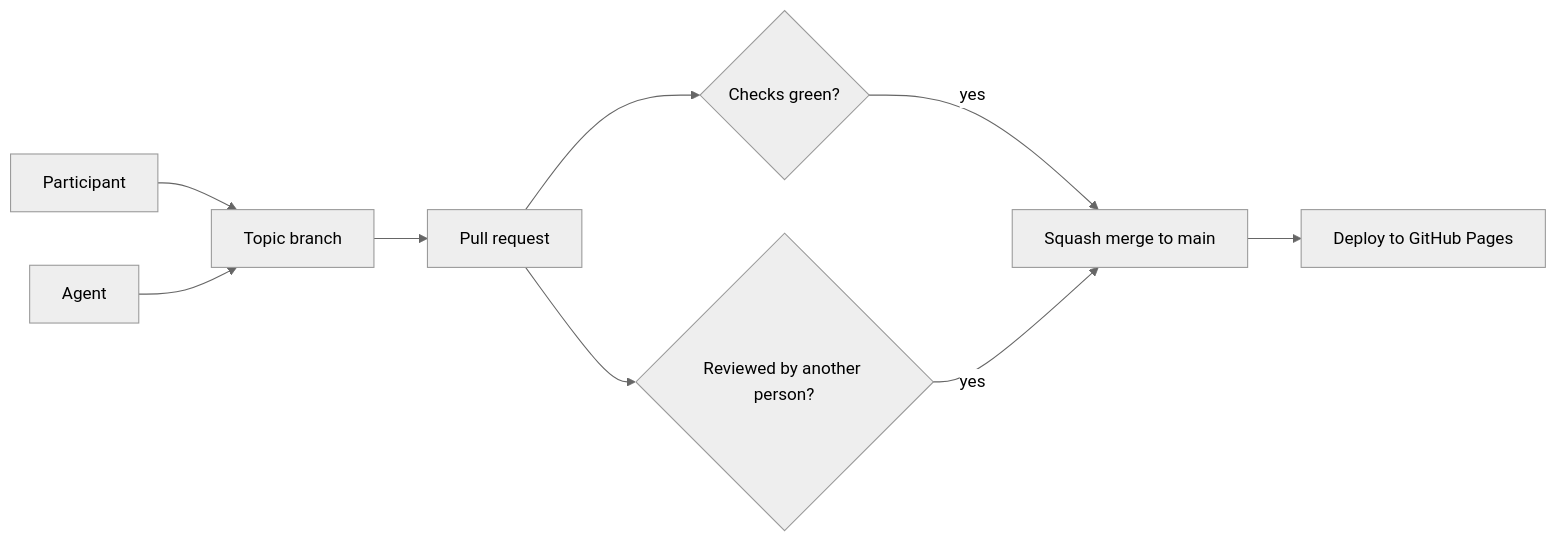
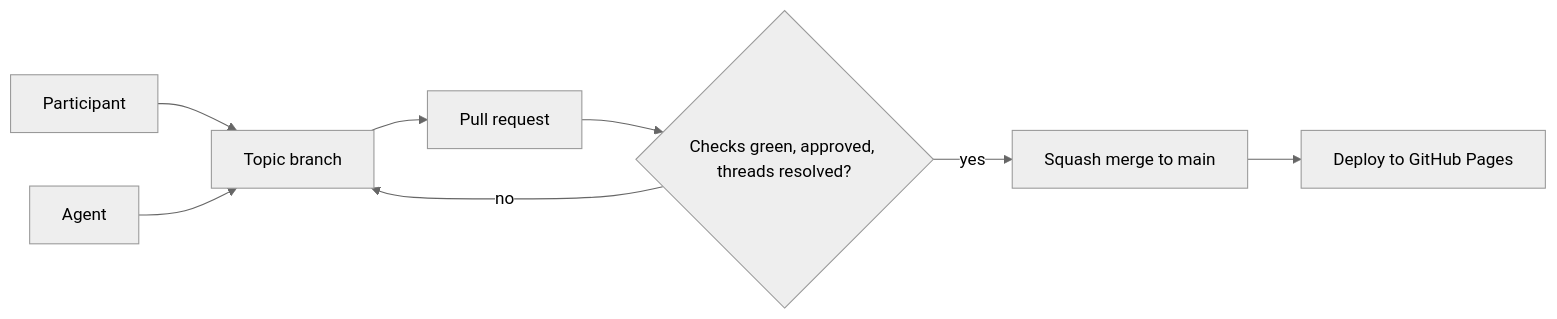
The diagram in docs/development/branch-protection.md (sddevelopment-be/socratesbe_26_secondbrain), drawn with Mermaid (neutral theme) before and after one commit. The commit also changed other lines of this file, not shown here.

First line of the commit message:
docs(landing): correct self-approval, bypass and ruleset-apply guidance

````diff
--- a/docs/development/branch-protection.md
+++ b/docs/development/branch-protection.md
@@ -76,13 +78,12 @@
 ```mermaid
 %% title: The protected path to main
-%% description: A participant or an agent works on a branch and opens a pull request. Required CI checks and a review by someone other than the last pusher must both pass, with all conversations resolved, before a squash merge to main, which then deploys the site.
+%% description: A participant or an agent works on a branch and opens a pull request. The merge gate needs green required checks, an approval from someone other than the last pusher, and resolved conversations; if any is missing, the work goes back to the branch. Once all hold, a squash merge to main deploys the site.
 flowchart LR
   P[Participant] --> B[Topic branch]
   A[Agent] --> B
   B --> PR[Pull request]
-  PR --> CI{"Checks green?"}
-  PR --> R{"Reviewed by another person?"}
-  CI -- yes --> M[Squash merge to main]
-  R -- yes --> M
+  PR --> G{"Checks green, approved, threads resolved?"}
+  G -- no --> B
+  G -- yes --> M[Squash merge to main]
   M --> D[Deploy to GitHub Pages]
 ```
````
